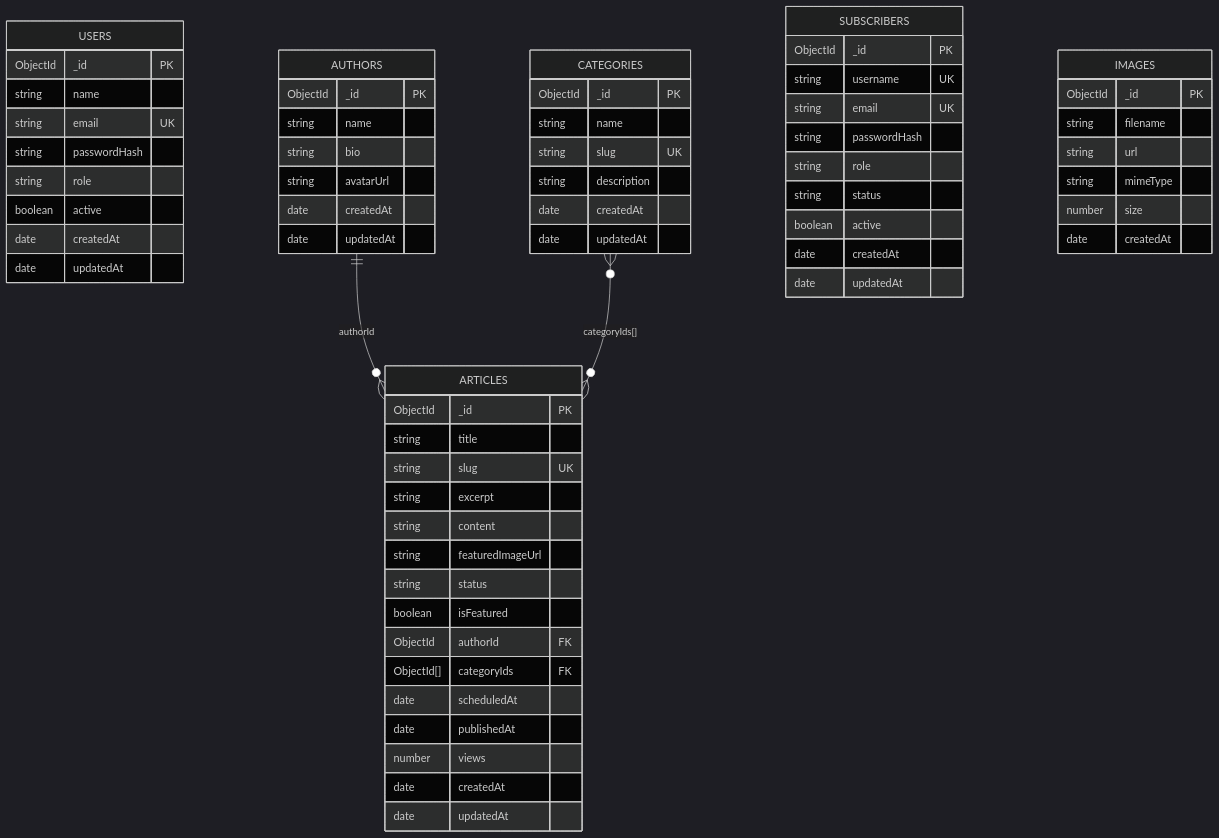
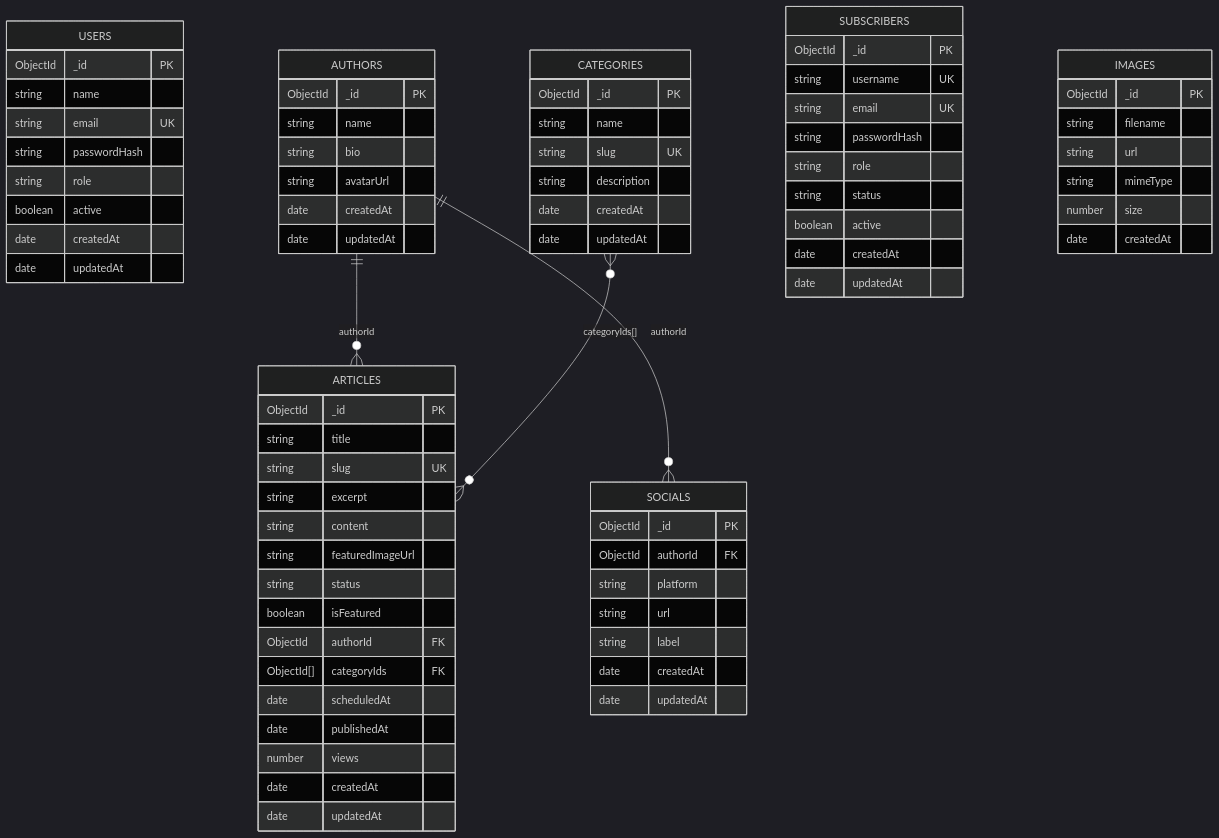
The second of 2 diagrams in docs/endpionts.md (carlosbrisenoDev/periodico), drawn with Mermaid (dark theme) before and after one commit. The commit also changed other lines of this file and 26 other files, not shown here.

````diff
--- a/docs/endpionts.md
+++ b/docs/endpionts.md
@@ -64,6 +67,16 @@
     string name
     string bio
     string avatarUrl
+    date createdAt
+    date updatedAt
+  }
+
+  SOCIALS {
+    ObjectId _id PK
+    ObjectId authorId FK
+    string platform
+    string url
+    string label
     date createdAt
     date updatedAt
   }
@@ -117,5 +130,6 @@
   }
 
   AUTHORS ||--o{ ARTICLES : "authorId"
+  AUTHORS ||--o{ SOCIALS : "authorId"
   CATEGORIES }o--o{ ARTICLES : "categoryIds[]"
 ```
````
